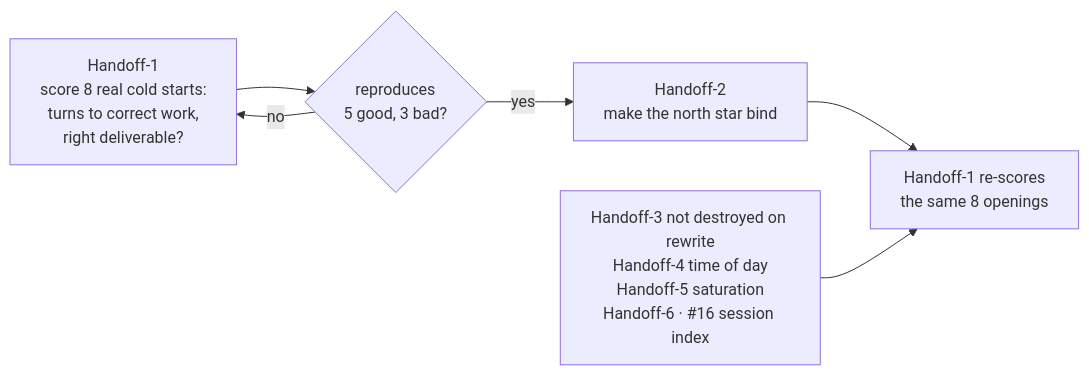
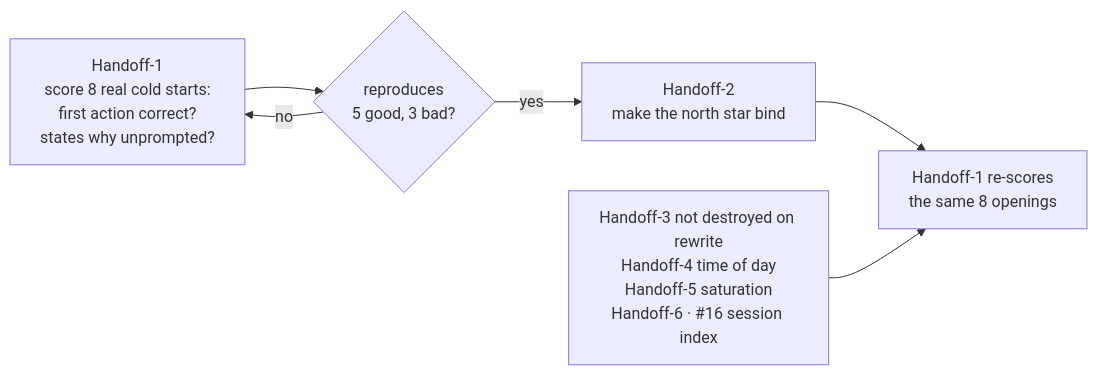
Before and after one commit to Calyx-Engineering/arc: the fourth of 6 diagrams in docs/arc-work/04-dogfood/issue-plan.md, drawn with Mermaid. The commit also changed other lines of this file and 2 other files, not shown here.

First line of the commit message:
docs: the loop's operating file, the sub-issue queue, and the handoff definition

````diff
--- a/docs/arc-work/04-dogfood/issue-plan.md
+++ b/docs/arc-work/04-dogfood/issue-plan.md
@@ -144,8 +163,8 @@
 ```mermaid
 flowchart LR
-    M["Handoff-1<br/>score 8 real cold starts:<br/>turns to correct work,<br/>right deliverable?"] --> CK{"reproduces<br/>5 good, 3 bad?"}
+    M["Handoff-1<br/>score 8 real cold starts:<br/>first action correct?<br/>states why unprompted?"] --> CK{"reproduces<br/>5 good, 3 bad?"}
     CK -->|no| M
     CK -->|yes| FIX["Handoff-2<br/>make the north star bind"]
     FIX --> RE["Handoff-1 re-scores<br/>the same 8 openings"]
     IND["Handoff-3 not destroyed on rewrite<br/>Handoff-4 time of day<br/>Handoff-5 saturation<br/>Handoff-6 · #16 session index"] --> RE
 ```
````
